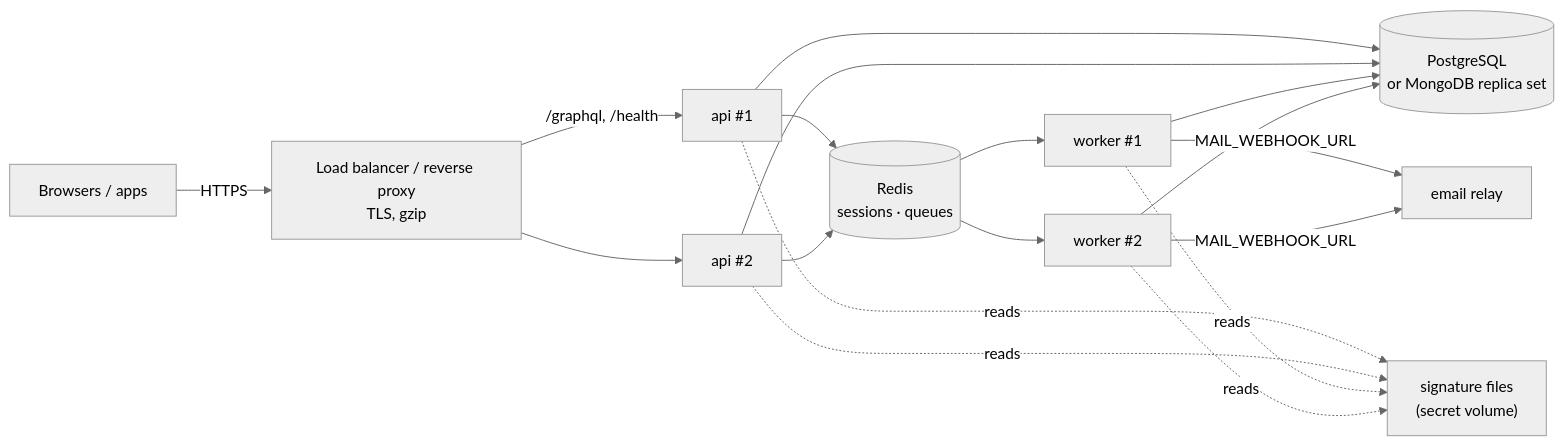
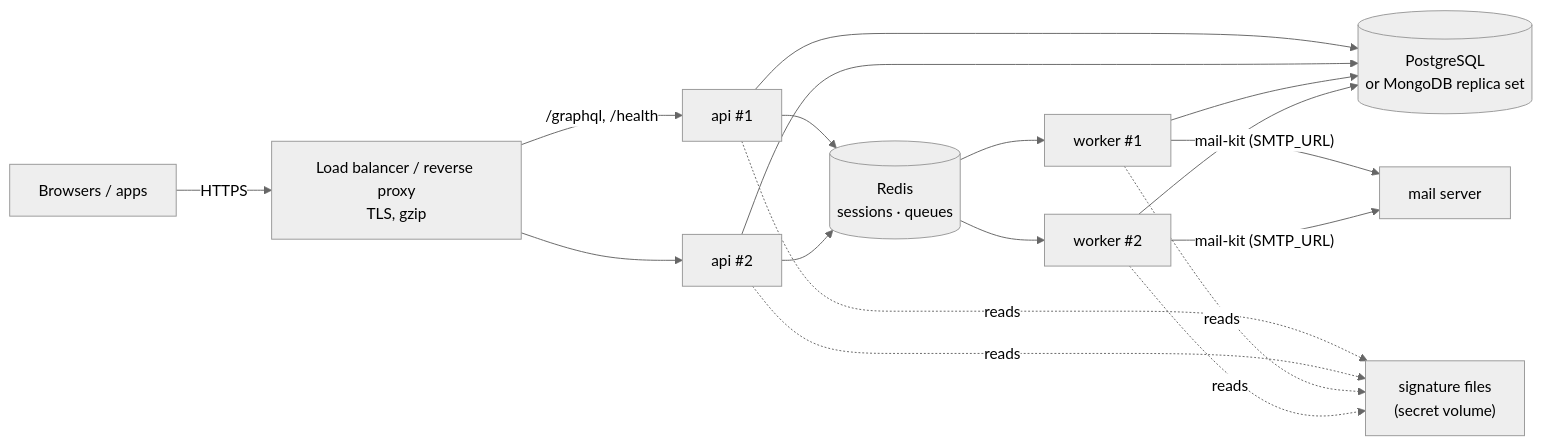
Before and after one commit to mgpl-diagnostics/api: the diagram in docs/12-deployment.md, drawn with Mermaid (neutral theme). The commit also changed other lines of this file and 17 other files, not shown here.

First line of the commit message:
feat(mail): send password-reset mail with mail-kit over SMTP (#5)

````diff
--- a/docs/12-deployment.md
+++ b/docs/12-deployment.md
@@ -5,14 +5,14 @@
 ```mermaid
 flowchart LR
   U["Browsers / apps"] -- HTTPS --> LB["Load balancer / reverse proxy<br/>TLS, gzip"]
   LB -- "/graphql, /health" --> A1["api #1"]
   LB --> A2["api #2"]
   A1 & A2 --> DB[("PostgreSQL<br/>or MongoDB replica set")]
   A1 & A2 --> R[("Redis<br/>sessions · queues")]
   R --> W1["worker #1"]
   R --> W2["worker #2"]
   W1 & W2 --> DB
-  W1 & W2 -- "MAIL_WEBHOOK_URL" --> MAIL["email relay"]
+  W1 & W2 -- "mail-kit (SMTP_URL)" --> MAIL["mail server"]
   A1 & A2 -. reads .-> SIG["signature files<br/>(secret volume)"]
   W1 & W2 -. reads .-> SIG
 ```
````
